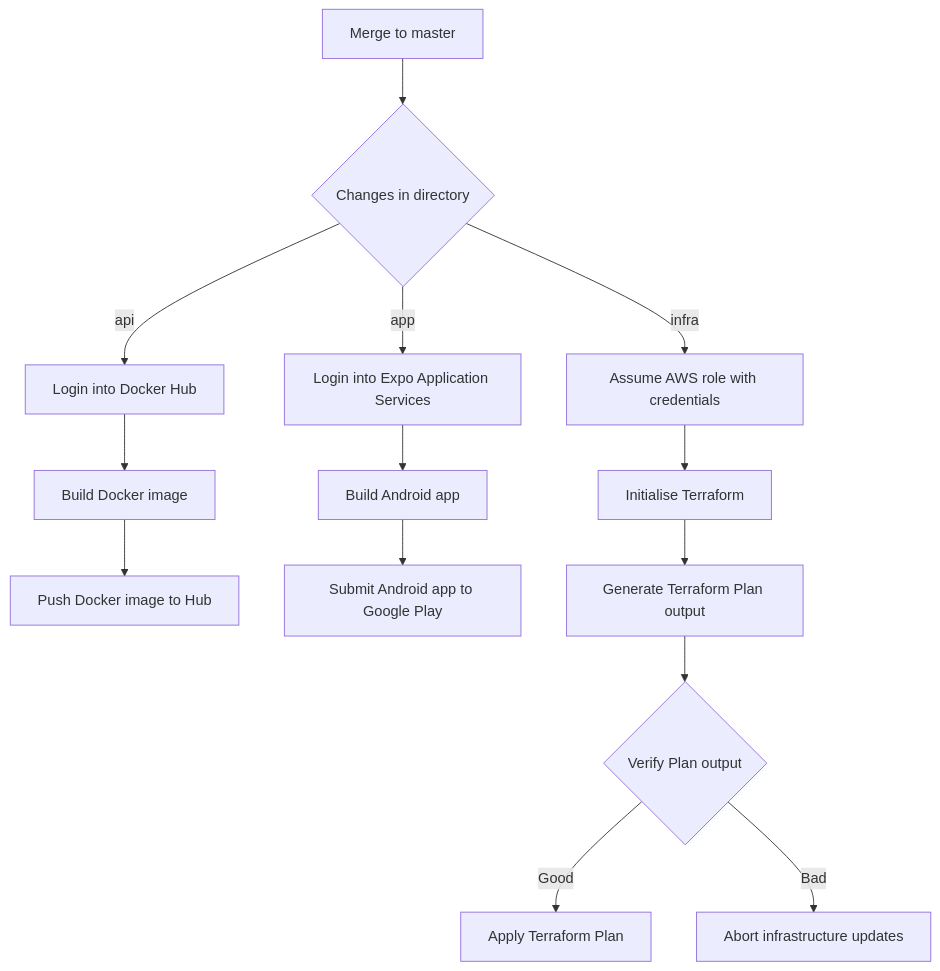
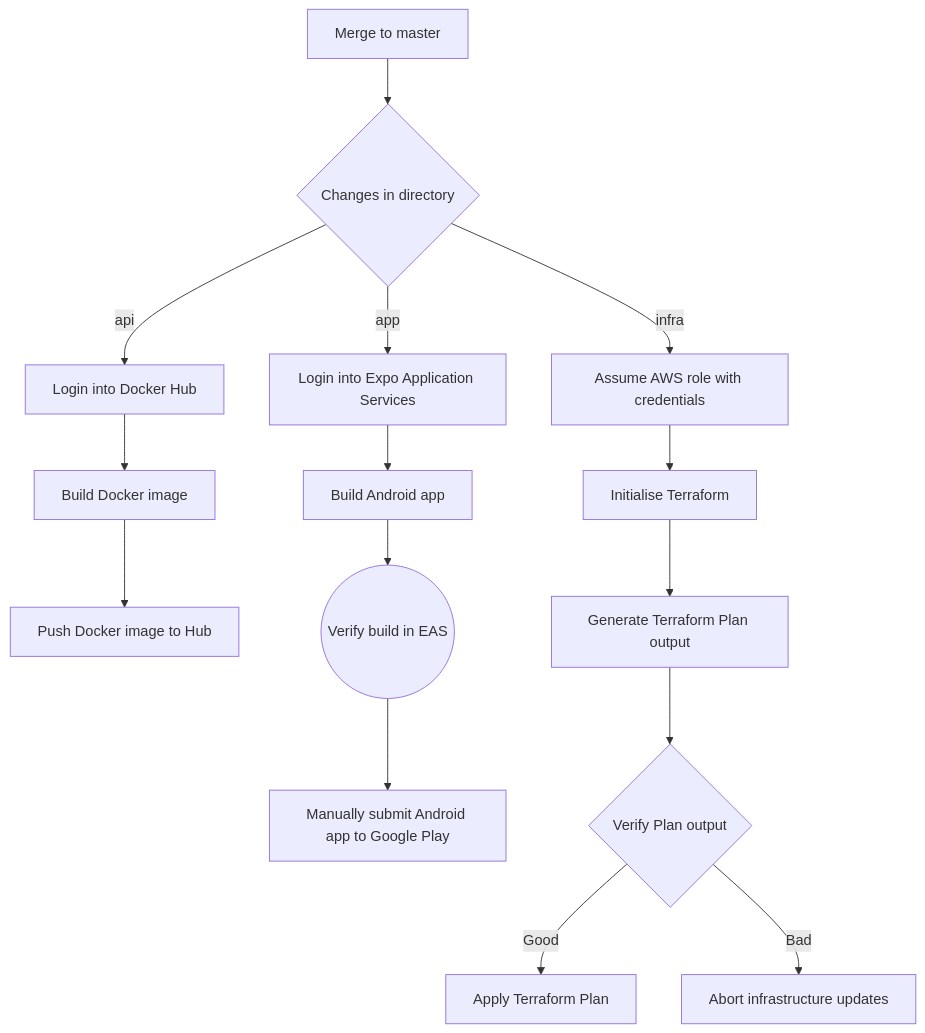
The diagram in .github/workflows/README.md (ryanachten/robic), drawn with Mermaid before and after one commit. The commit also changed 3 other files, not shown here.

````diff
--- a/.github/workflows/README.md
+++ b/.github/workflows/README.md
@@ -1,19 +1,20 @@
 ```mermaid
 graph TD;
     start[Merge to master]-->changes{Changes in directory}
     
     changes-->|api|loginDocker[Login into Docker Hub]
         -->buildDocker[Build Docker image]
         -->pushDocker[Push Docker image to Hub]
     
     changes-->|app|loginExpo[Login into Expo Application Services]
         -->buildAndroid[Build Android app]
-        -->submitAndroid[Submit Android app to Google Play]
+        -->loginEas((Verify build in EAS))
+        -->submitAndroid[Manually submit Android app to Google Play]
 
     changes-->|infra|assumeRole[Assume AWS role with credentials]
         -->terraformInit[Initialise Terraform]
         -->terraformPlan[Generate Terraform Plan output]
         -->verifyChanges{Verify Plan output}
         -->|Good|applyPlan[Apply Terraform Plan]
         verifyChanges-->|Bad|abort[Abort infrastructure updates]
 ```
````
